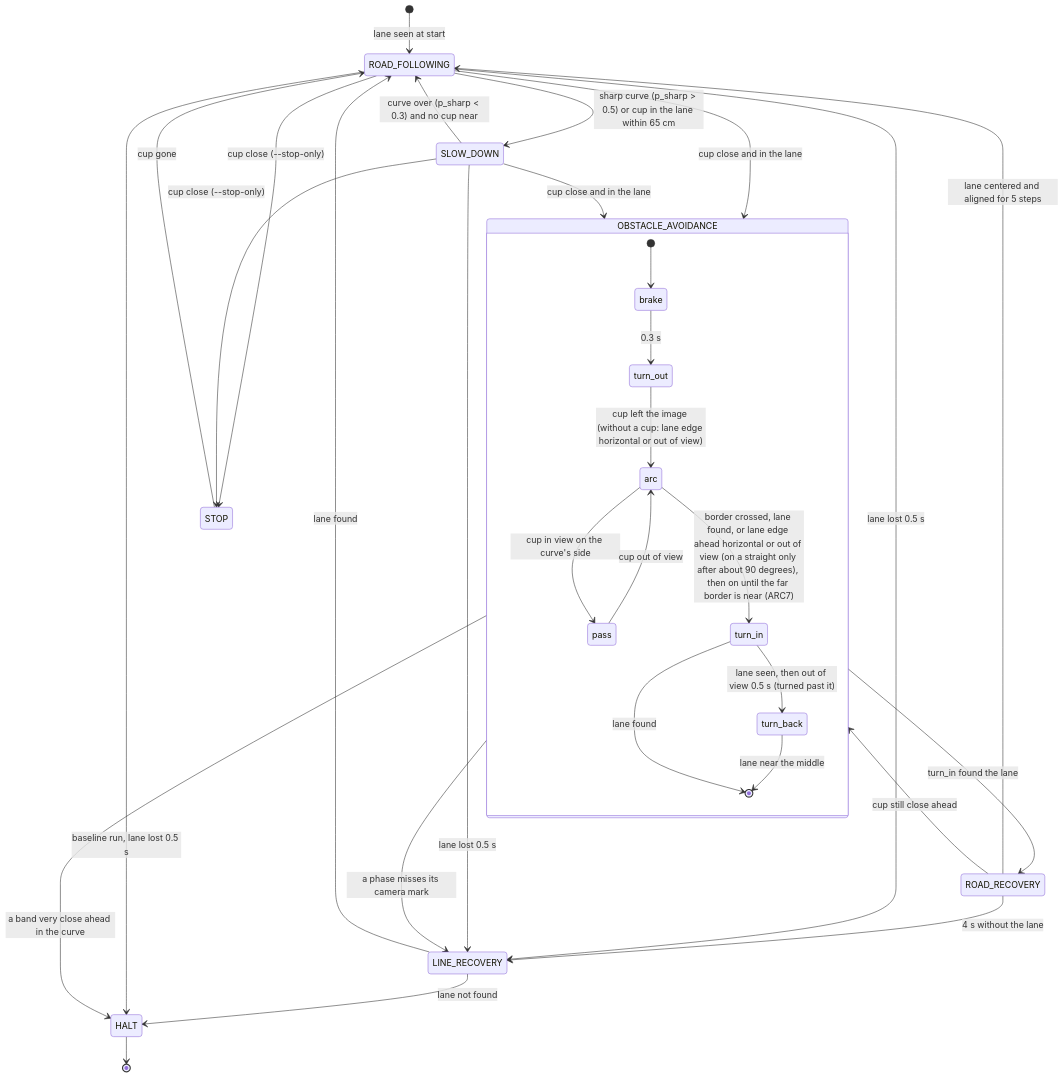
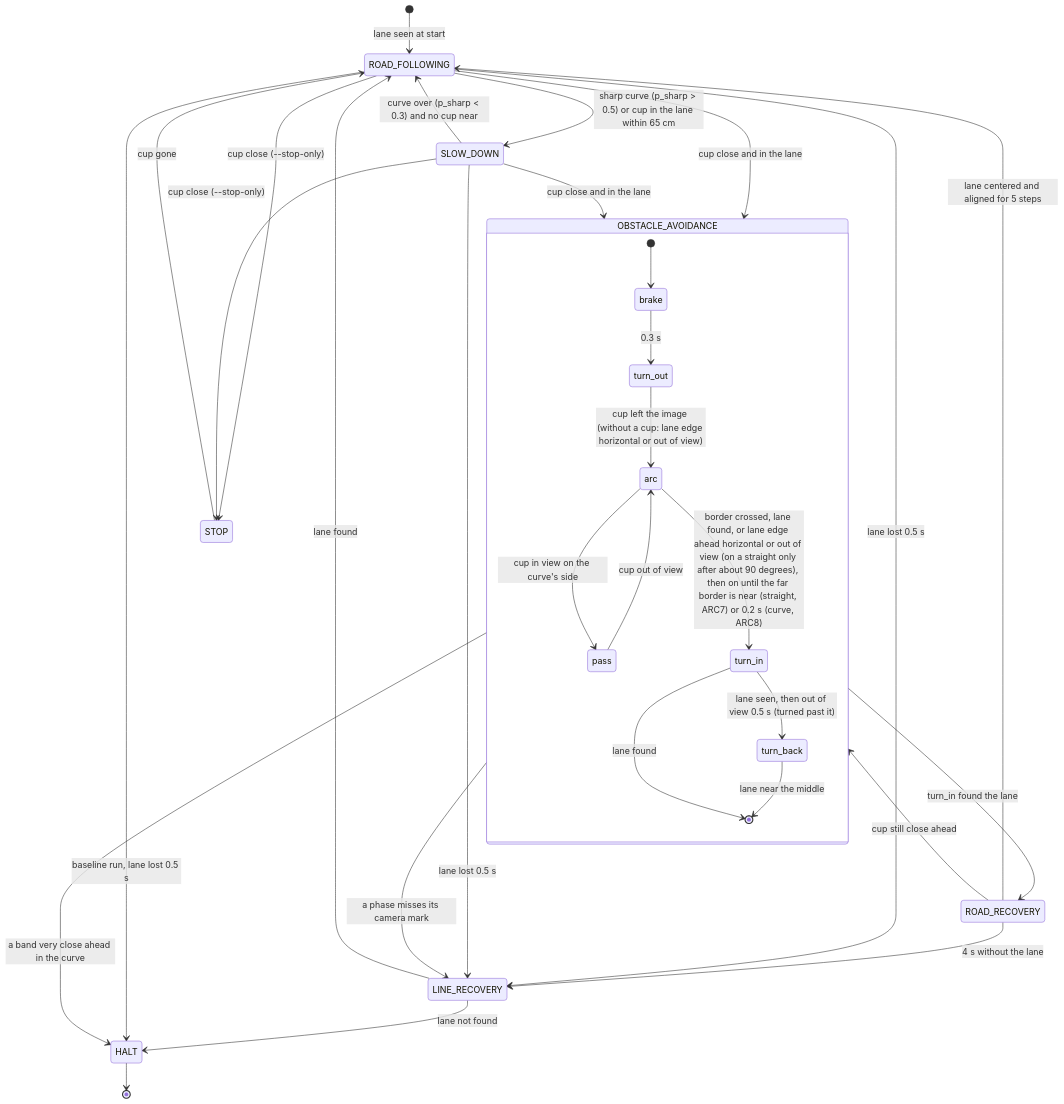
The diagram in notebooks/mini_av/STATE_MACHINE.md (janniskrn/robotic-jetbot), drawn with Mermaid before and after one commit. The commit also changed other lines of this file and 5 other files, not shown here.

First line of the commit message:
Swerve: the far border mark only on straights; in a curve the turn in is again 0.2 s after the border crossing (ARC8; track: straights good with ARC7, curves too early); offline only, 147 checks

````diff
--- a/notebooks/mini_av/STATE_MACHINE.md
+++ b/notebooks/mini_av/STATE_MACHINE.md
@@ -35,34 +35,34 @@
 ```mermaid
 stateDiagram-v2
     [*] --> ROAD_FOLLOWING: lane seen at start
     ROAD_FOLLOWING --> SLOW_DOWN: sharp curve (p_sharp > 0.5) or cup in the lane within 65 cm
     SLOW_DOWN --> ROAD_FOLLOWING: curve over (p_sharp < 0.3) and no cup near
     ROAD_FOLLOWING --> OBSTACLE_AVOIDANCE: cup close and in the lane
     SLOW_DOWN --> OBSTACLE_AVOIDANCE: cup close and in the lane
     state OBSTACLE_AVOIDANCE {
         [*] --> brake
         brake --> turn_out: 0.3 s
         turn_out --> arc: cup left the image (without a cup: lane edge horizontal or out of view)
         arc --> pass: cup in view on the curve's side
         pass --> arc: cup out of view
-        arc --> turn_in: border crossed, lane found, or lane edge ahead horizontal or out of view (on a straight only after about 90 degrees), then on until the far border is near (ARC7)
+        arc --> turn_in: border crossed, lane found, or lane edge ahead horizontal or out of view (on a straight only after about 90 degrees), then on until the far border is near (straight, ARC7) or 0.2 s (curve, ARC8)
         turn_in --> [*]: lane found
         turn_in --> turn_back: lane seen, then out of view 0.5 s (turned past it)
         turn_back --> [*]: lane near the middle
     }
     OBSTACLE_AVOIDANCE --> ROAD_RECOVERY: turn_in found the lane
     OBSTACLE_AVOIDANCE --> HALT: a band very close ahead in the curve
     ROAD_RECOVERY --> ROAD_FOLLOWING: lane centered and aligned for 5 steps
     ROAD_RECOVERY --> OBSTACLE_AVOIDANCE: cup still close ahead
     ROAD_RECOVERY --> LINE_RECOVERY: 4 s without the lane
     ROAD_FOLLOWING --> LINE_RECOVERY: lane lost 0.5 s
     SLOW_DOWN --> LINE_RECOVERY: lane lost 0.5 s
     OBSTACLE_AVOIDANCE --> LINE_RECOVERY: a phase misses its camera mark
     LINE_RECOVERY --> ROAD_FOLLOWING: lane found
     LINE_RECOVERY --> HALT: lane not found
     ROAD_FOLLOWING --> STOP: cup close (--stop-only)
     SLOW_DOWN --> STOP: cup close (--stop-only)
     STOP --> ROAD_FOLLOWING: cup gone
     ROAD_FOLLOWING --> HALT: baseline run, lane lost 0.5 s
     HALT --> [*]
 ```
````
